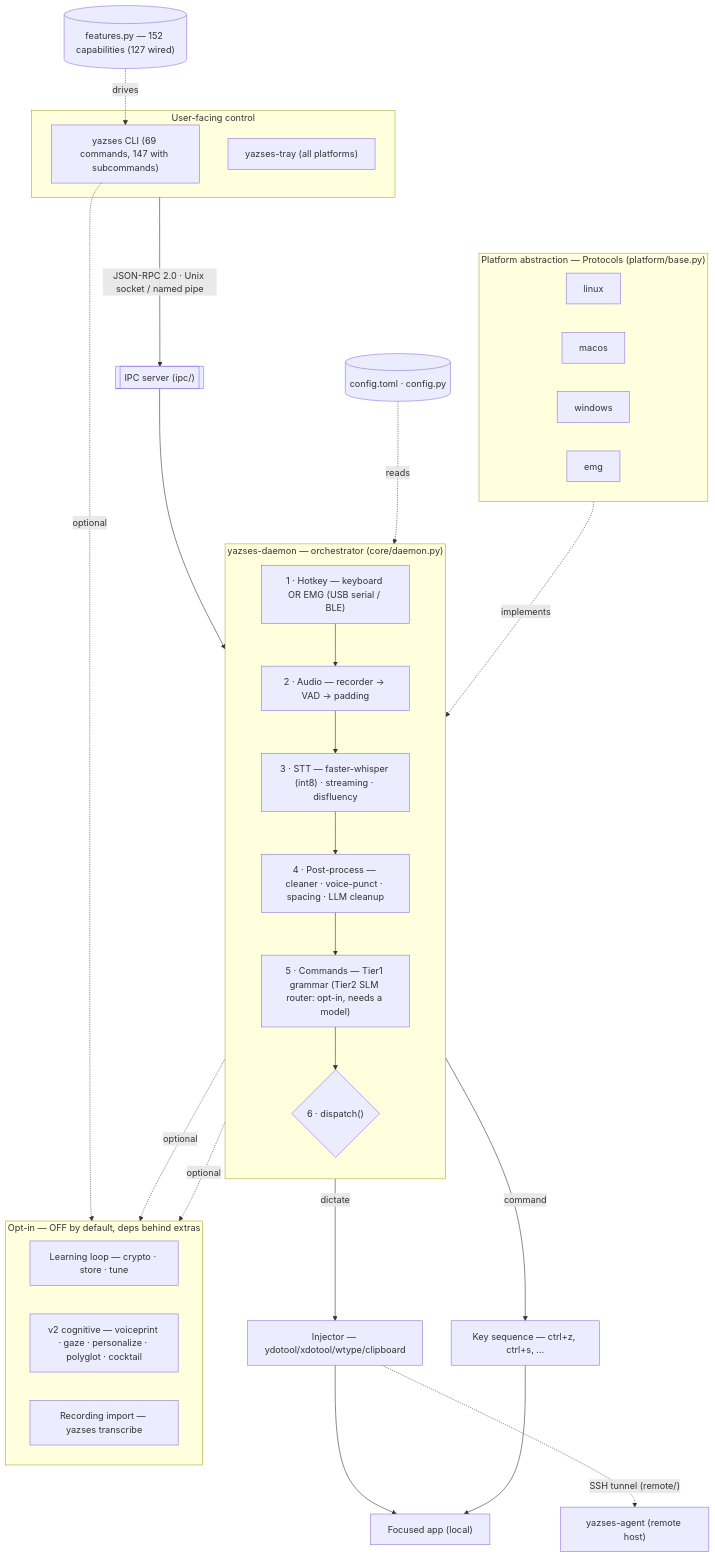
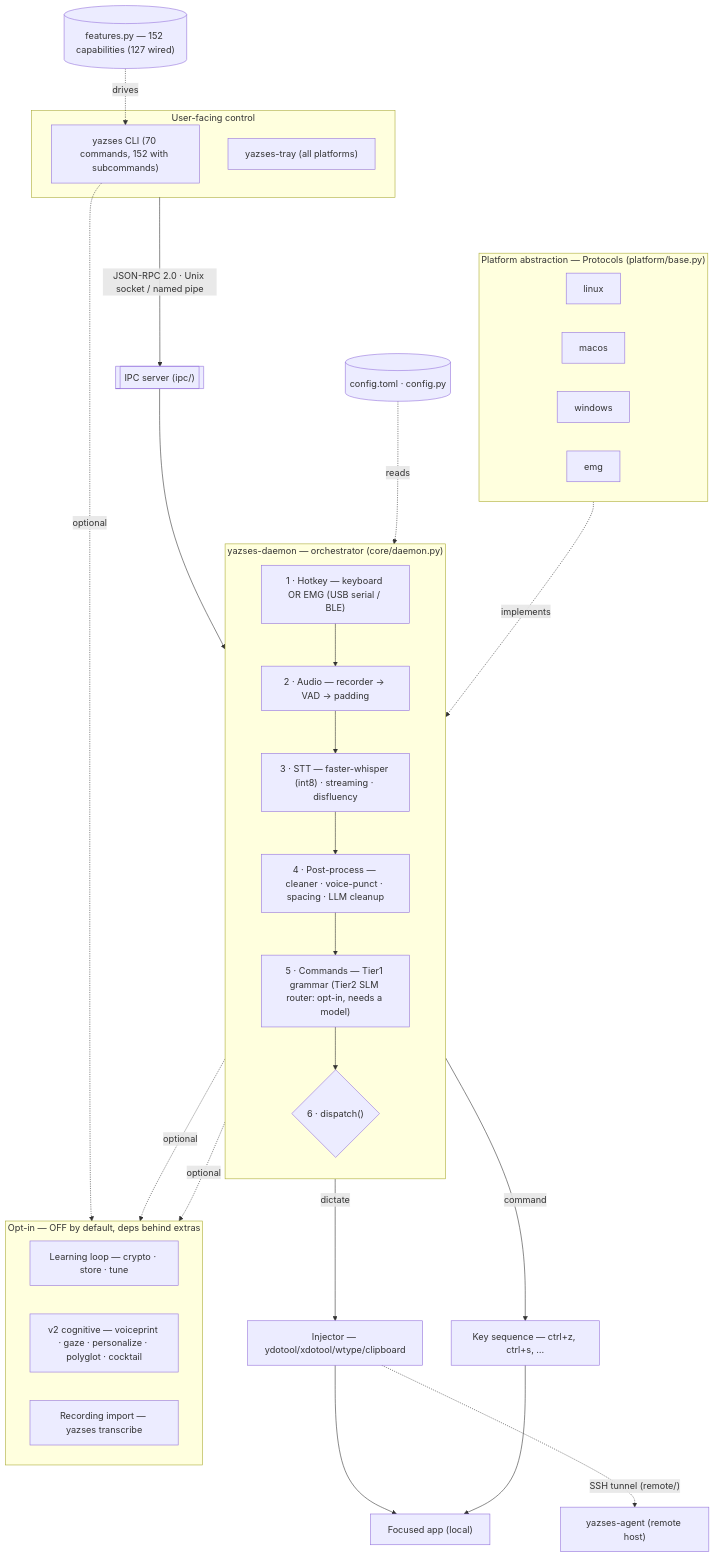
Before and after one commit to MSKazemi/yazses: the diagram in docs/diagrams/index.md, drawn with Mermaid. The commit also changed 38 other files, not shown here.

````diff
--- a/docs/diagrams/index.md
+++ b/docs/diagrams/index.md
@@ -22,50 +22,50 @@
 ```mermaid
 flowchart TB
   subgraph UI["User-facing control"]
-    CLI["yazses CLI (69 commands, 147 with subcommands)"]
+    CLI["yazses CLI (70 commands, 152 with subcommands)"]
     TRAY["yazses-tray (all platforms)"]
   end
   UI -->|"JSON-RPC 2.0 · Unix socket / named pipe"| IPC[["IPC server (ipc/)"]]
   IPC --> DAEMON
 
   subgraph DAEMON["yazses-daemon — orchestrator (core/daemon.py)"]
     direction TB
     HK["1 · Hotkey — keyboard OR EMG (USB serial / BLE)"]
     AUD["2 · Audio — recorder → VAD → padding"]
     STT["3 · STT — faster-whisper (int8) · streaming · disfluency"]
     PP["4 · Post-process — cleaner · voice-punct · spacing · LLM cleanup"]
     CMD["5 · Commands — Tier1 grammar (Tier2 SLM router: opt-in, needs a model)"]
     DIS{"6 · dispatch()"}
     HK --> AUD --> STT --> PP --> CMD --> DIS
   end
 
   CFG[("config.toml · config.py")]
   FEAT[("features.py — 152 capabilities (127 wired)")]
   CFG -. reads .-> DAEMON
   FEAT -. drives .-> CLI
 
   DIS -->|dictate| INJ["Injector — ydotool/xdotool/wtype/clipboard"]
   DIS -->|command| KEYS["Key sequence — ctrl+z, ctrl+s, …"]
   INJ --> APP["Focused app (local)"]
   KEYS --> APP
   INJ -. "SSH tunnel (remote/)" .-> AGENT["yazses-agent (remote host)"]
 
   subgraph PLAT["Platform abstraction — Protocols (platform/base.py)"]
     direction LR
     LNX["linux"]
     MAC["macos"]
     WIN["windows"]
     EMG["emg"]
   end
   PLAT -. implements .-> DAEMON
 
   subgraph OPT["Opt-in — OFF by default, deps behind extras"]
     direction LR
     LEARN["Learning loop — crypto · store · tune"]
     V2["v2 cognitive — voiceprint · gaze · personalize · polyglot · cocktail"]
     RECIMP["Recording import — yazses transcribe"]
   end
   DAEMON -. optional .-> LEARN
   DAEMON -. optional .-> V2
   CLI -. optional .-> RECIMP
 ```
````
